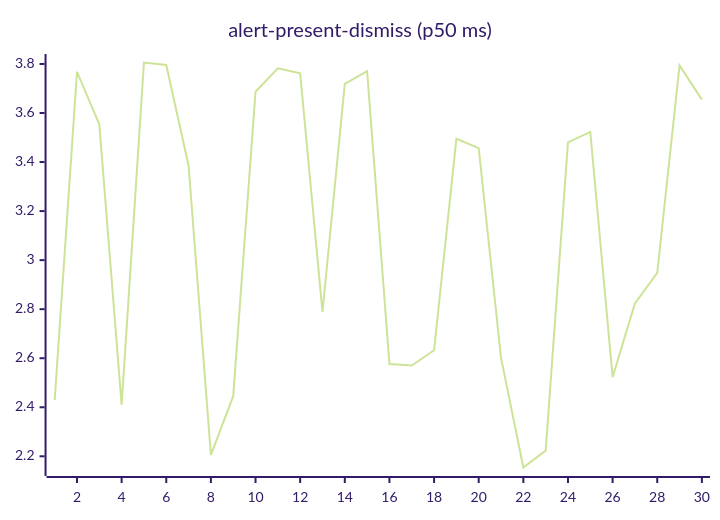
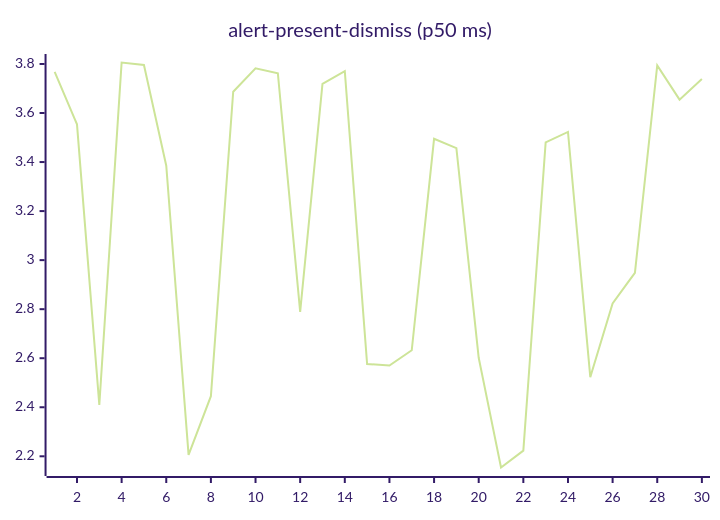
The second of 27 diagrams in README.md (josha/Facet), drawn with Mermaid (forest theme) before and after one commit. The commit also changed other lines of this file and 2 other files, not shown here.

````diff
--- a/README.md
+++ b/README.md
@@ -70,6 +70,6 @@
 ```mermaid
 xychart-beta
     title "alert-present-dismiss (p50 ms)"
     x-axis 1 --> 30
-    line [2.4288, 3.7676, 3.5538, 2.4095, 3.8060, 3.7961, 3.3851, 2.2058, 2.4450, 3.6869, 3.7826, 3.7621, 2.7891, 3.7187, 3.7708, 2.5766, 2.5704, 2.6324, 3.4949, 3.4566, 2.6019, 2.1543, 2.2230, 3.4803, 3.5227, 2.5229, 2.8233, 2.9484, 3.7942, 3.6546]
+    line [3.7676, 3.5538, 2.4095, 3.8060, 3.7961, 3.3851, 2.2058, 2.4450, 3.6869, 3.7826, 3.7621, 2.7891, 3.7187, 3.7708, 2.5766, 2.5704, 2.6324, 3.4949, 3.4566, 2.6019, 2.1543, 2.2230, 3.4803, 3.5227, 2.5229, 2.8233, 2.9484, 3.7942, 3.6546, 3.7386]
 ```
````
